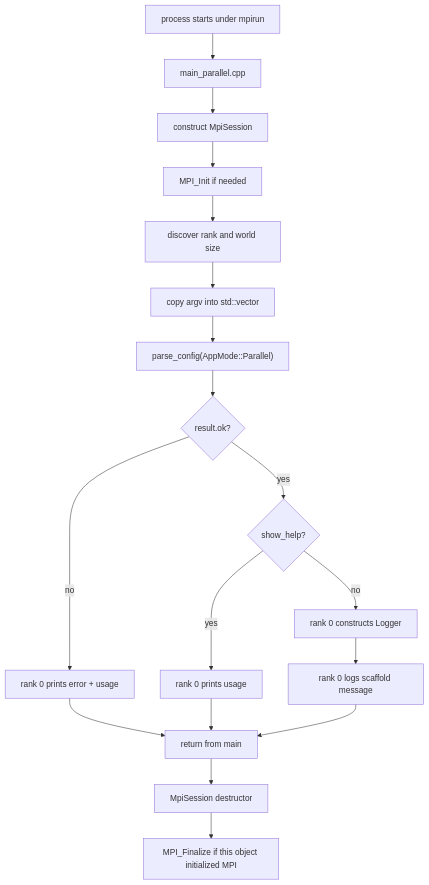
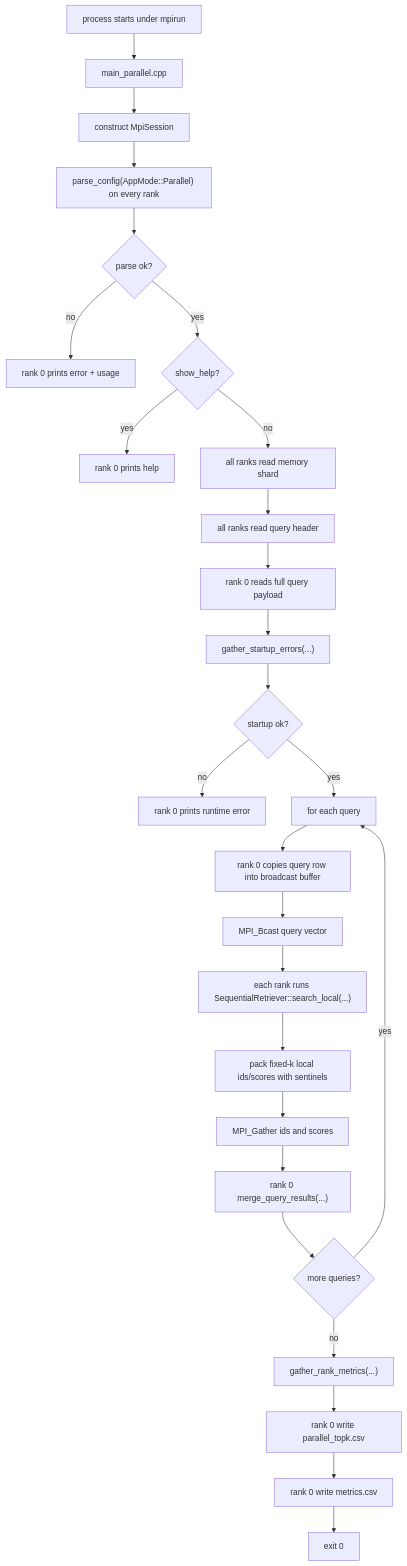
One commit to biabeogo147/Parallel-Retrieval-Engine-for-RAG changed the third of 3 diagrams in docs/development/source_guide.md. Above: the diagram before and after it, drawn with Mermaid. The commit also changed other lines of this file and 16 other files, not shown here.

````diff
--- a/docs/development/source_guide.md
+++ b/docs/development/source_guide.md
@@ -301,20 +176,29 @@
 ```mermaid
 flowchart TD
     A["process starts under mpirun"] --> B["main_parallel.cpp"]
     B --> C["construct MpiSession"]
-    C --> D["MPI_Init if needed"]
-    D --> E["discover rank and world size"]
-    E --> F["copy argv into std::vector<const char*>"]
-    F --> G["parse_config(AppMode::Parallel)"]
-    G --> H{"result.ok?"}
-    H -- "no" --> I["rank 0 prints error + usage"]
-    H -- "yes" --> J{"show_help?"}
-    J -- "yes" --> K["rank 0 prints usage"]
-    J -- "no" --> L["rank 0 constructs Logger"]
-    L --> M["rank 0 logs scaffold message"]
-    I --> N["return from main"]
-    K --> N
-    M --> N
-    N --> O["MpiSession destructor"]
-    O --> P["MPI_Finalize if this object initialized MPI"]
+    C --> D["parse_config(AppMode::Parallel) on every rank"]
+    D --> E{"parse ok?"}
+    E -- "no" --> F["rank 0 prints error + usage"]
+    E -- "yes" --> G{"show_help?"}
+    G -- "yes" --> H["rank 0 prints help"]
+    G -- "no" --> I["all ranks read memory shard"]
+    I --> J["all ranks read query header"]
+    J --> K["rank 0 reads full query payload"]
+    K --> L["gather_startup_errors(...)"]
+    L --> M{"startup ok?"}
+    M -- "no" --> N["rank 0 prints runtime error"]
+    M -- "yes" --> O["for each query"]
+    O --> P["rank 0 copies query row into broadcast buffer"]
+    P --> Q["MPI_Bcast query vector"]
+    Q --> R["each rank runs SequentialRetriever::search_local(...)"]
+    R --> S["pack fixed-k local ids/scores with sentinels"]
+    S --> T["MPI_Gather ids and scores"]
+    T --> U["rank 0 merge_query_results(...)"]
+    U --> V{"more queries?"}
+    V -- "yes" --> O
+    V -- "no" --> W["gather_rank_metrics(...)"]
+    W --> X["rank 0 write parallel_topk.csv"]
+    X --> Y["rank 0 write metrics.csv"]
+    Y --> Z["exit 0"]
 ```
````
